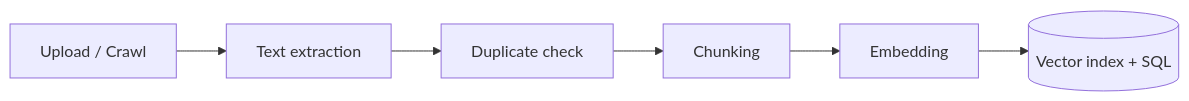
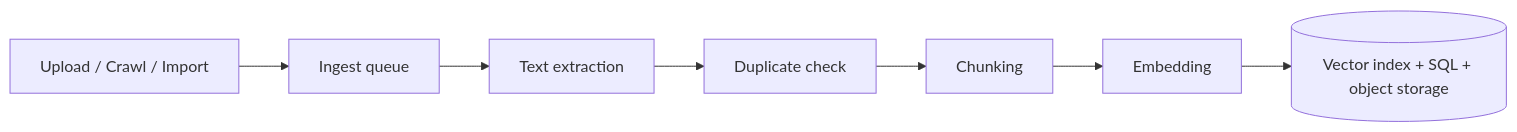
Before and after one commit to Center-for-AI-Innovation/Illinois-Chat: the diagram in docs/how-it-works/documents-ingest.md, drawn with Mermaid. The commit also changed other lines of this file and 31 other files, not shown here.

````diff
--- a/docs/how-it-works/documents-ingest.md
+++ b/docs/how-it-works/documents-ingest.md
@@ -9,8 +7,9 @@
 ```mermaid
 flowchart LR
-    A[Upload / Crawl] --> B[Text extraction]
-    B --> C[Duplicate check]
-    C --> D[Chunking]
-    D --> E[Embedding]
-    E --> F[(Vector index + SQL)]
+    A[Upload / Crawl / Import] --> B[Ingest queue]
+    B --> C[Text extraction]
+    C --> D[Duplicate check]
+    D --> E[Chunking]
+    E --> F[Embedding]
+    F --> G[(Vector index + SQL + object storage)]
 ```
````
